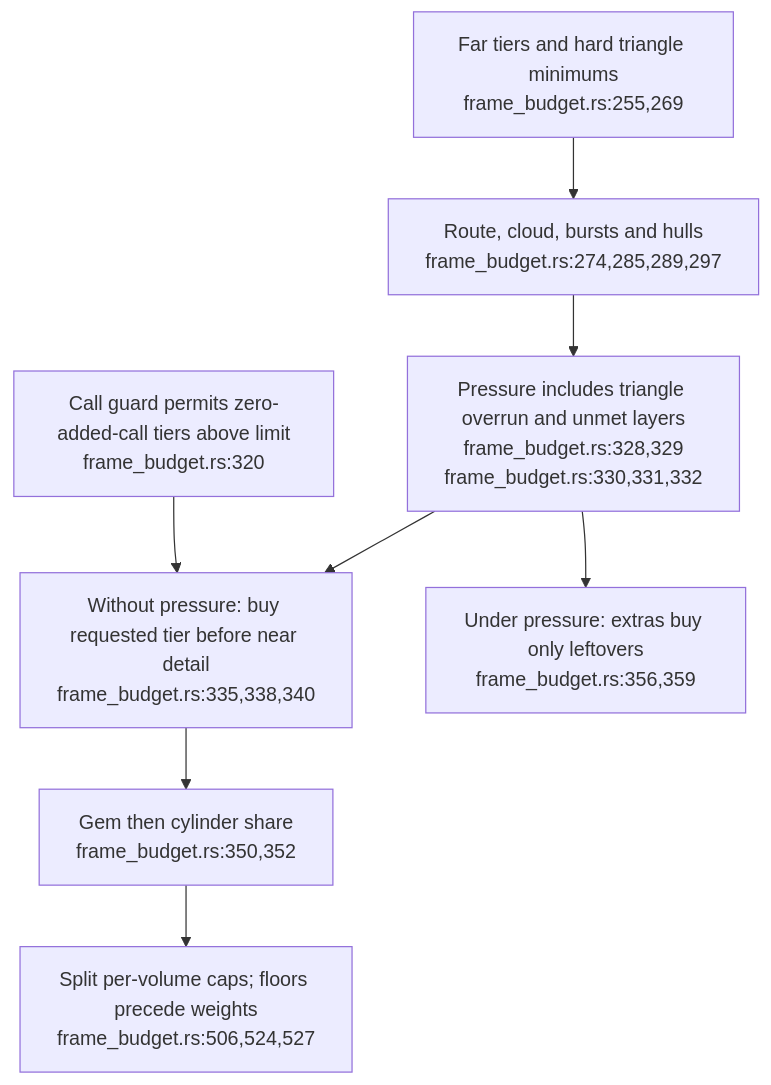
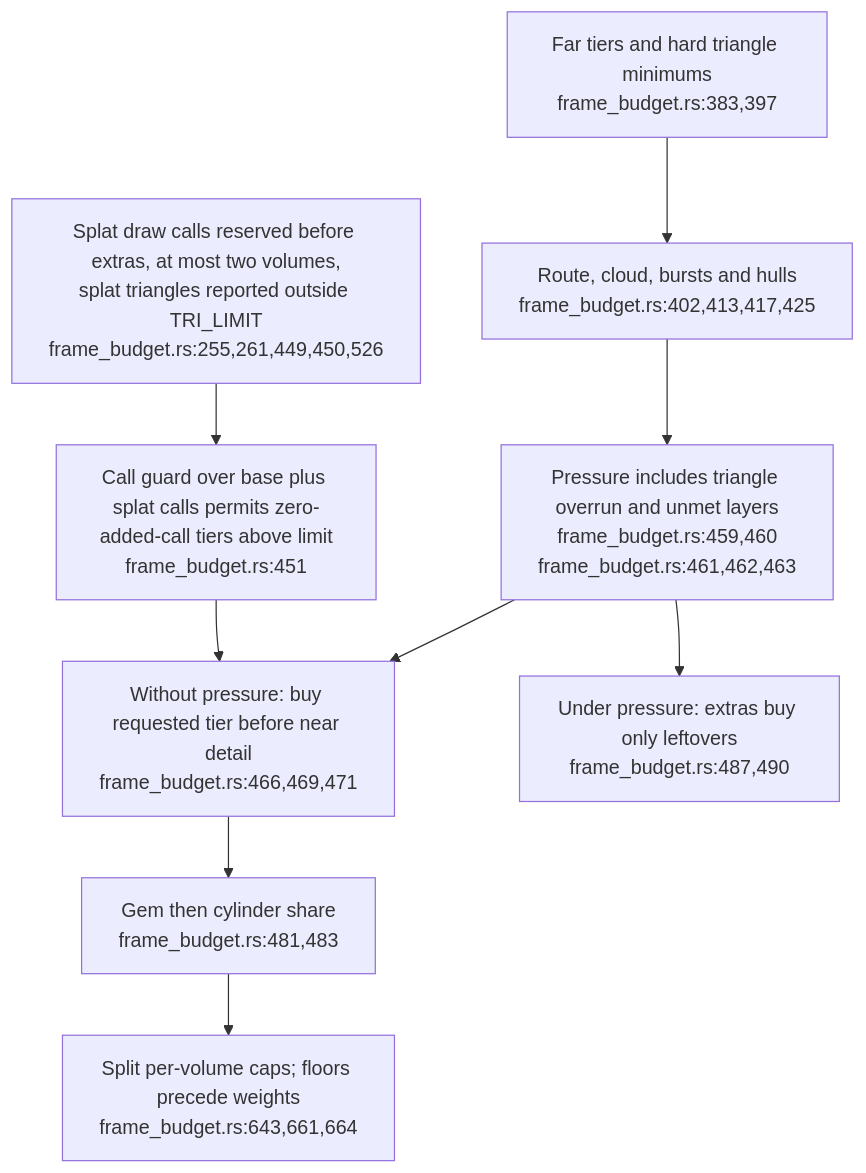
The first of 8 diagrams in docs/diagrams/visionclaw/51-xr-visual-budget-and-engine-gates.md (DreamLab-AI/VisionFlow), drawn with Mermaid before and after one commit. The commit also changed other lines of this file and 56 other files, not shown here.

First line of the commit message:
docs(diagrams): re-verify VisionClaw topics at ec785afa9, add VC-19/56/57 and the VisionClaw register

````diff
--- a/docs/diagrams/visionclaw/51-xr-visual-budget-and-engine-gates.md
+++ b/docs/diagrams/visionclaw/51-xr-visual-budget-and-engine-gates.md
@@ -35,10 +49,11 @@
 ```mermaid
 flowchart TD
-    HARD["Far tiers and hard triangle minimums<br/>frame_budget.rs:255,269"] --> PRIORITY["Route, cloud, bursts and hulls<br/>frame_budget.rs:274,285,289,297"]
-    PRIORITY --> PRESS["Pressure includes triangle overrun and unmet layers<br/>frame_budget.rs:328,329<br/>frame_budget.rs:330,331,332"]
-    PRESS --> ALLOW["Without pressure: buy requested tier before near detail<br/>frame_budget.rs:335,338,340"]
-    PRESS --> LAST["Under pressure: extras buy only leftovers<br/>frame_budget.rs:356,359"]
-    ALLOW --> NEAR["Gem then cylinder share<br/>frame_budget.rs:350,352"]
-    NEAR --> SPLIT["Split per-volume caps; floors precede weights<br/>frame_budget.rs:506,524,527"]
-    CALLS["Call guard permits zero-added-call tiers above limit<br/>frame_budget.rs:320"] --> ALLOW
+    HARD["Far tiers and hard triangle minimums<br/>frame_budget.rs:383,397"] --> PRIORITY["Route, cloud, bursts and hulls<br/>frame_budget.rs:402,413,417,425"]
+    PRIORITY --> PRESS["Pressure includes triangle overrun and unmet layers<br/>frame_budget.rs:459,460<br/>frame_budget.rs:461,462,463"]
+    PRESS --> ALLOW["Without pressure: buy requested tier before near detail<br/>frame_budget.rs:466,469,471"]
+    PRESS --> LAST["Under pressure: extras buy only leftovers<br/>frame_budget.rs:487,490"]
+    ALLOW --> NEAR["Gem then cylinder share<br/>frame_budget.rs:481,483"]
+    NEAR --> SPLIT["Split per-volume caps; floors precede weights<br/>frame_budget.rs:643,661,664"]
+    SPLAT["Splat draw calls reserved before extras, at most two volumes,<br/>splat triangles reported outside TRI_LIMIT<br/>frame_budget.rs:255,261,449,450,526"] --> CALLS
+    CALLS["Call guard over base plus splat calls permits zero-added-call tiers above limit<br/>frame_budget.rs:451"] --> ALLOW
 ```
````
